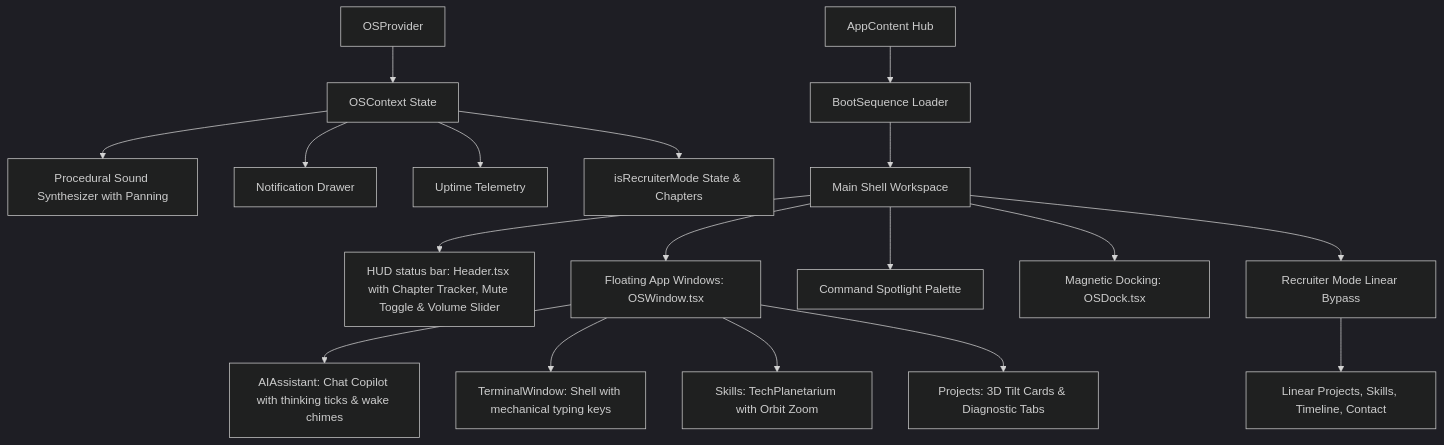
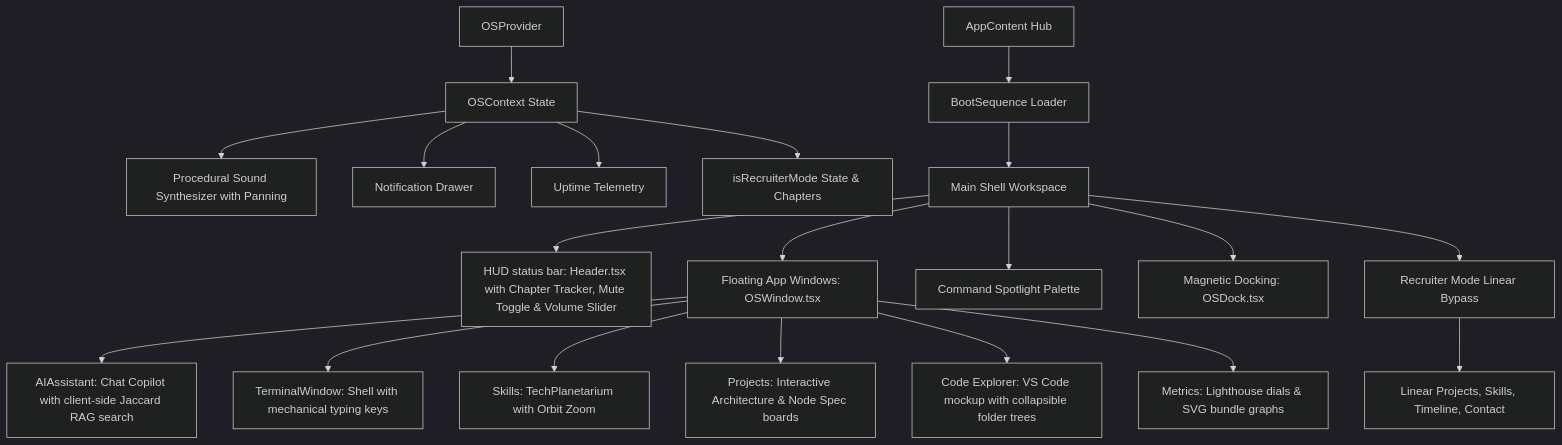
The diagram in COMPLETED.md (sanjaikumarkaleeswaran/Sanjaikumar_Portfolio), drawn with Mermaid (dark theme) before and after one commit. The commit also changed other lines of this file, not shown here.

````diff
--- a/COMPLETED.md
+++ b/COMPLETED.md
@@ -85,24 +43,26 @@
 ```mermaid
 graph TD
   A[OSProvider] --> B[OSContext State]
   B --> C[Procedural Sound Synthesizer with Panning]
   B --> D[Notification Drawer]
   B --> E[Uptime Telemetry]
   B --> F[isRecruiterMode State & Chapters]
   
   G[AppContent Hub] --> H[BootSequence Loader]
   H --> I[Main Shell Workspace]
   
   I --> J[HUD status bar: Header.tsx with Chapter Tracker, Mute Toggle & Volume Slider]
   I --> K[Floating App Windows: OSWindow.tsx]
   I --> L[Command Spotlight Palette]
   I --> M[Magnetic Docking: OSDock.tsx]
   I --> N[Recruiter Mode Linear Bypass]
   
-  K --> O[AIAssistant: Chat Copilot with thinking ticks & wake chimes]
+  K --> O[AIAssistant: Chat Copilot with client-side Jaccard RAG search]
   K --> P[TerminalWindow: Shell with mechanical typing keys]
   K --> Q[Skills: TechPlanetarium with Orbit Zoom]
-  K --> R[Projects: 3D Tilt Cards & Diagnostic Tabs]
+  K --> R[Projects: Interactive Architecture & Node Spec boards]
+  K --> T[Code Explorer: VS Code mockup with collapsible folder trees]
+  K --> U[Metrics: Lighthouse dials & SVG bundle graphs]
   
   N --> S[Linear Projects, Skills, Timeline, Contact]
 ```
````
